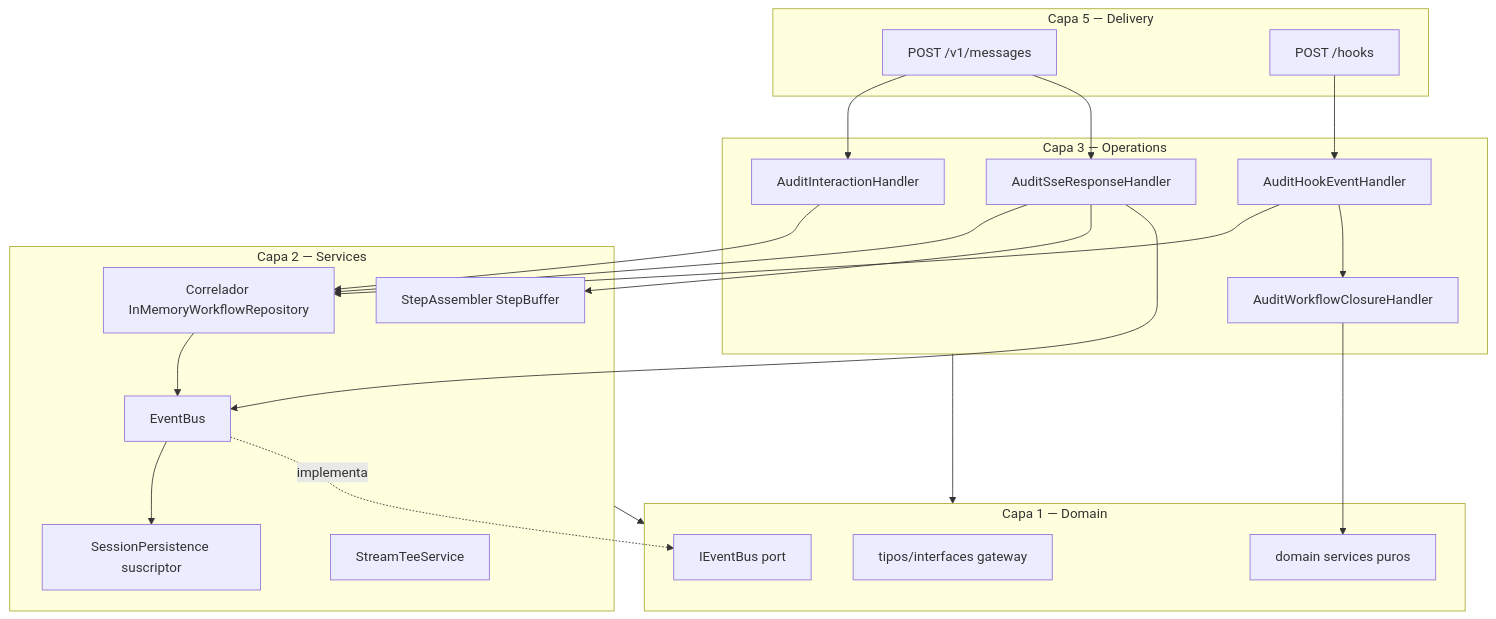
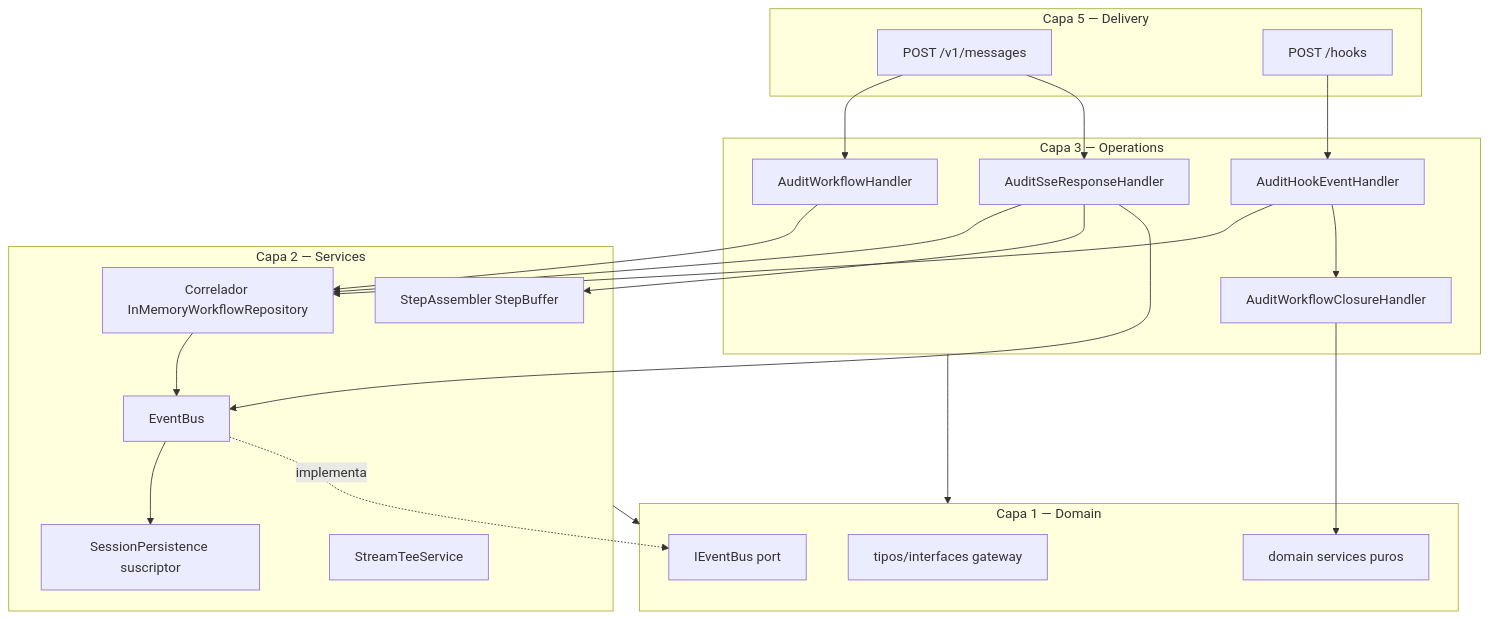
One commit to CristianRojas-SoftwareEngineer/EvolutiveX-Agent-Orchestrator changed diagram 19 of 21 in docs/proposals/gateway-design.md. Above: the diagram before and after it, drawn with Mermaid. The commit also changed other lines of this file and 34 other files, not shown here.

First line of the commit message:
refactor(gateway): renombrar Interaction→Workflow en todo el codebase

````diff
--- a/docs/proposals/gateway-design.md
+++ b/docs/proposals/gateway-design.md
@@ -1963,44 +1963,44 @@
 ```mermaid
 flowchart TB
   subgraph L5["Capa 5 — Delivery"]
     HTTP["POST /v1/messages"]
     HOOKR["POST /hooks"]
   end
 
   subgraph L3["Capa 3 — Operations"]
-    H_IN[AuditInteractionHandler]
+    H_IN[AuditWorkflowHandler]
     H_SSE[AuditSseResponseHandler]
     H_HOOK[AuditHookEventHandler]
     H_CLOSE[AuditWorkflowClosureHandler]
   end
 
   subgraph L2["Capa 2 — Services"]
     REPO[Correlador InMemoryWorkflowRepository]
     BUS[EventBus]
     PROJ[SessionPersistence suscriptor]
     ASM[StepAssembler StepBuffer]
     TEE[StreamTeeService]
   end
 
   subgraph L1["Capa 1 — Domain"]
     GW["tipos/interfaces gateway"]
     DS["domain services puros"]
     IBUS["IEventBus port"]
   end
 
   HTTP --> H_IN
   HTTP --> H_SSE
   HOOKR --> H_HOOK
   H_IN --> REPO
   H_SSE --> REPO
   H_SSE --> ASM
   H_SSE --> BUS
   H_HOOK --> REPO
   H_HOOK --> H_CLOSE
   H_CLOSE --> DS
   REPO --> BUS
   BUS --> PROJ
   BUS -.->|"implementa"| IBUS
   L3 --> L1
   L2 --> L1
 ```
````
